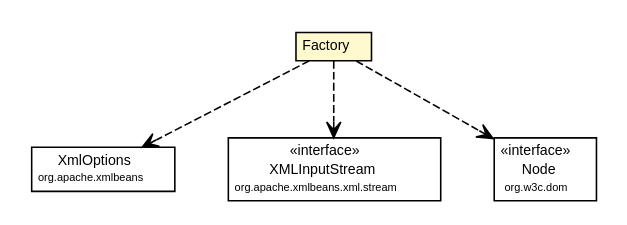
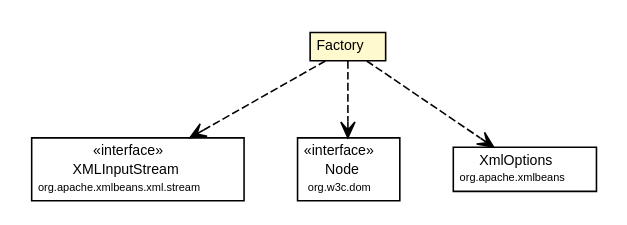
One commit to synchronoss/cpo-util changed the diagram in site/apidocs/org/synchronoss/cpo/util/cpoUtilConfig/CtDataConfig.Factory.dot. Above: the diagram before and after it, drawn with Graphviz. The commit also changed 300 other files, not shown here.

Commit message:
Creating site for cpoUtil, 5.1.1-SNAPSHOT

```diff
--- a/site/apidocs/org/synchronoss/cpo/util/cpoUtilConfig/CtDataConfig.Factory.dot
+++ b/site/apidocs/org/synchronoss/cpo/util/cpoUtilConfig/CtDataConfig.Factory.dot
@@ -1,45 +1,45 @@
 #!/usr/local/bin/dot
 #
 # Class diagram 
 # Generated by UmlGraph version 4.6 (http://www.spinellis.gr/sw/umlgraph)
 #
 
 digraph G {
 	edge [fontname="Helvetica",fontsize=10,labelfontname="Helvetica",labelfontsize=10];
 	node [fontname="Helvetica",fontsize=10,shape=plaintext];
 	// org.synchronoss.cpo.util.cpoUtilConfig.CtDataConfig.Factory
 	c4689 [label=<<table border="0" cellborder="1" cellspacing="0" cellpadding="2" port="p" bgcolor="lemonChiffon" href="./CtDataConfig.Factory.html">
 		<tr><td><table border="0" cellspacing="0" cellpadding="1">
 			<tr><td> Factory </td></tr>
 		</table></td></tr>
 		</table>>, fontname="Helvetica", fontcolor="black", fontsize=9.0];
+	// org.synchronoss.cpo.util.cpoUtilConfig.CtDataConfig.Factory DEPEND org.apache.xmlbeans.xml.stream.XMLInputStream
+	c4689:p -> c4706:p [taillabel="", label="", headlabel="", fontname="Helvetica", fontcolor="black", fontsize=10.0, color="black", arrowhead=open, style=dashed];
+	// org.synchronoss.cpo.util.cpoUtilConfig.CtDataConfig.Factory DEPEND org.w3c.dom.Node
+	c4689:p -> c4707:p [taillabel="", label="", headlabel="", fontname="Helvetica", fontcolor="black", fontsize=10.0, color="black", arrowhead=open, style=dashed];
 	// org.synchronoss.cpo.util.cpoUtilConfig.CtDataConfig.Factory DEPEND org.apache.xmlbeans.XmlOptions
-	c4689:p -> c4708:p [taillabel="", label="", headlabel="", fontname="Helvetica", fontcolor="black", fontsize=10.0, color="black", arrowhead=open, style=dashed];
-	// org.synchronoss.cpo.util.cpoUtilConfig.CtDataConfig.Factory DEPEND org.apache.xmlbeans.xml.stream.XMLInputStream
-	c4689:p -> c4709:p [taillabel="", label="", headlabel="", fontname="Helvetica", fontcolor="black", fontsize=10.0, color="black", arrowhead=open, style=dashed];
-	// org.synchronoss.cpo.util.cpoUtilConfig.CtDataConfig.Factory DEPEND org.w3c.dom.Node
 	c4689:p -> c4710:p [taillabel="", label="", headlabel="", fontname="Helvetica", fontcolor="black", fontsize=10.0, color="black", arrowhead=open, style=dashed];
 	// org.apache.xmlbeans.xml.stream.XMLInputStream
-	c4709 [label=<<table border="0" cellborder="1" cellspacing="0" cellpadding="2" port="p" href="http://java.sun.com/j2se/1.4.2/docs/api/org/apache/xmlbeans/xml/stream/XMLInputStream.html">
+	c4706 [label=<<table border="0" cellborder="1" cellspacing="0" cellpadding="2" port="p" href="http://java.sun.com/j2se/1.4.2/docs/api/org/apache/xmlbeans/xml/stream/XMLInputStream.html">
 		<tr><td><table border="0" cellspacing="0" cellpadding="1">
 			<tr><td> &laquo;interface&raquo; </td></tr>
 			<tr><td> XMLInputStream </td></tr>
 			<tr><td><font point-size="7.0"> org.apache.xmlbeans.xml.stream </font></td></tr>
 		</table></td></tr>
 		</table>>, fontname="Helvetica", fontcolor="black", fontsize=9.0];
 	// org.w3c.dom.Node
-	c4710 [label=<<table border="0" cellborder="1" cellspacing="0" cellpadding="2" port="p" href="http://java.sun.com/j2se/1.4.2/docs/api/org/w3c/dom/Node.html">
+	c4707 [label=<<table border="0" cellborder="1" cellspacing="0" cellpadding="2" port="p" href="http://java.sun.com/j2se/1.4.2/docs/api/org/w3c/dom/Node.html">
 		<tr><td><table border="0" cellspacing="0" cellpadding="1">
 			<tr><td> &laquo;interface&raquo; </td></tr>
 			<tr><td> Node </td></tr>
 			<tr><td><font point-size="7.0"> org.w3c.dom </font></td></tr>
 		</table></td></tr>
 		</table>>, fontname="Helvetica", fontcolor="black", fontsize=9.0];
 	// org.apache.xmlbeans.XmlOptions
-	c4708 [label=<<table border="0" cellborder="1" cellspacing="0" cellpadding="2" port="p" href="http://java.sun.com/j2se/1.4.2/docs/api/org/apache/xmlbeans/XmlOptions.html">
+	c4710 [label=<<table border="0" cellborder="1" cellspacing="0" cellpadding="2" port="p" href="http://java.sun.com/j2se/1.4.2/docs/api/org/apache/xmlbeans/XmlOptions.html">
 		<tr><td><table border="0" cellspacing="0" cellpadding="1">
 			<tr><td> XmlOptions </td></tr>
 			<tr><td><font point-size="7.0"> org.apache.xmlbeans </font></td></tr>
 		</table></td></tr>
 		</table>>, fontname="Helvetica", fontcolor="black", fontsize=9.0];
 }
```
